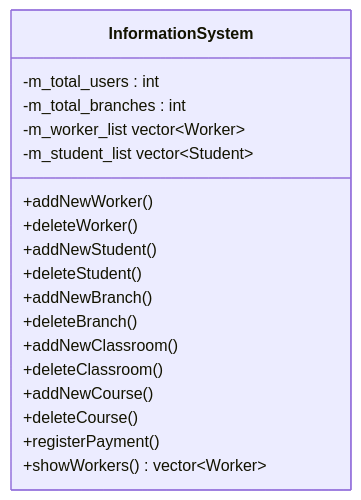
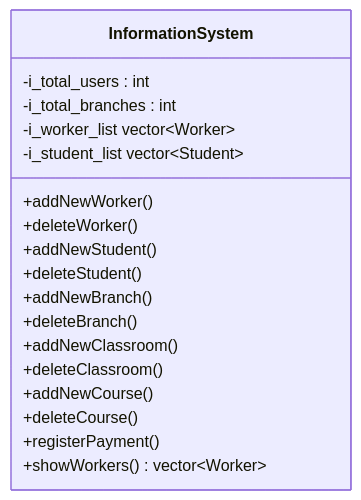
Before and after one commit to ondergormez/BLM3722_Software_Engineering: the fourth of 4 diagrams in 03-Project/01-ClassDiagram/UML_Diag.md, drawn with Mermaid. The commit also changed other lines of this file and 10 other files, not shown here.

````diff
--- a/03-Project/01-ClassDiagram/UML_Diag.md
+++ b/03-Project/01-ClassDiagram/UML_Diag.md
@@ -174,21 +174,21 @@
 ```mermaid
 classDiagram
     class InformationSystem{
-      -m_total_users : int
-      -m_total_branches : int
-      -m_worker_list vector~Worker~
-      -m_student_list vector~Student~
+      -i_total_users : int
+      -i_total_branches : int
+      -i_worker_list vector~Worker~
+      -i_student_list vector~Student~
       +addNewWorker()
       +deleteWorker()
       +addNewStudent()
       +deleteStudent()
       +addNewBranch()
       +deleteBranch()
       +addNewClassroom()
       +deleteClassroom()
       +addNewCourse()
       +deleteCourse()
       +registerPayment()
       +showWorkers() vector~Worker~
     }
 ```
````
